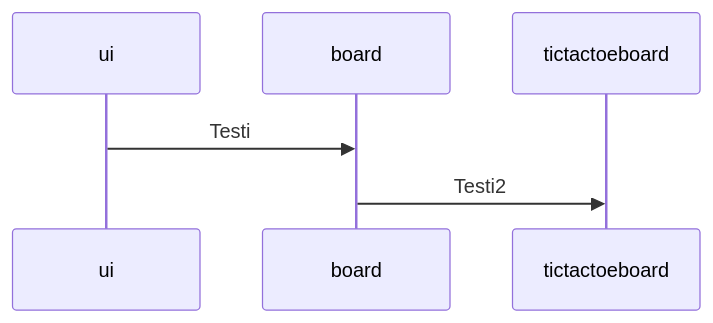
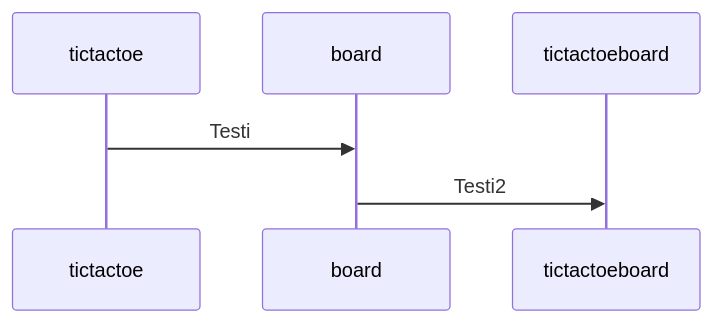
The second of 2 diagrams in maarittelydokumentti/arkkitehtuuri.md (TatuSorjonen/ot-harjoitustyo), drawn with Mermaid before and after one commit.

````diff
--- a/maarittelydokumentti/arkkitehtuuri.md
+++ b/maarittelydokumentti/arkkitehtuuri.md
@@ -32,8 +32,8 @@
 ```mermaid
 sequenceDiagram
-  participant ui
+  participant tictactoe
   participant board
   participant tictactoeboard
-  ui->> board: Testi
+  tictactoe->> board: Testi
   board->>tictactoeboard: Testi2
 ```
````
